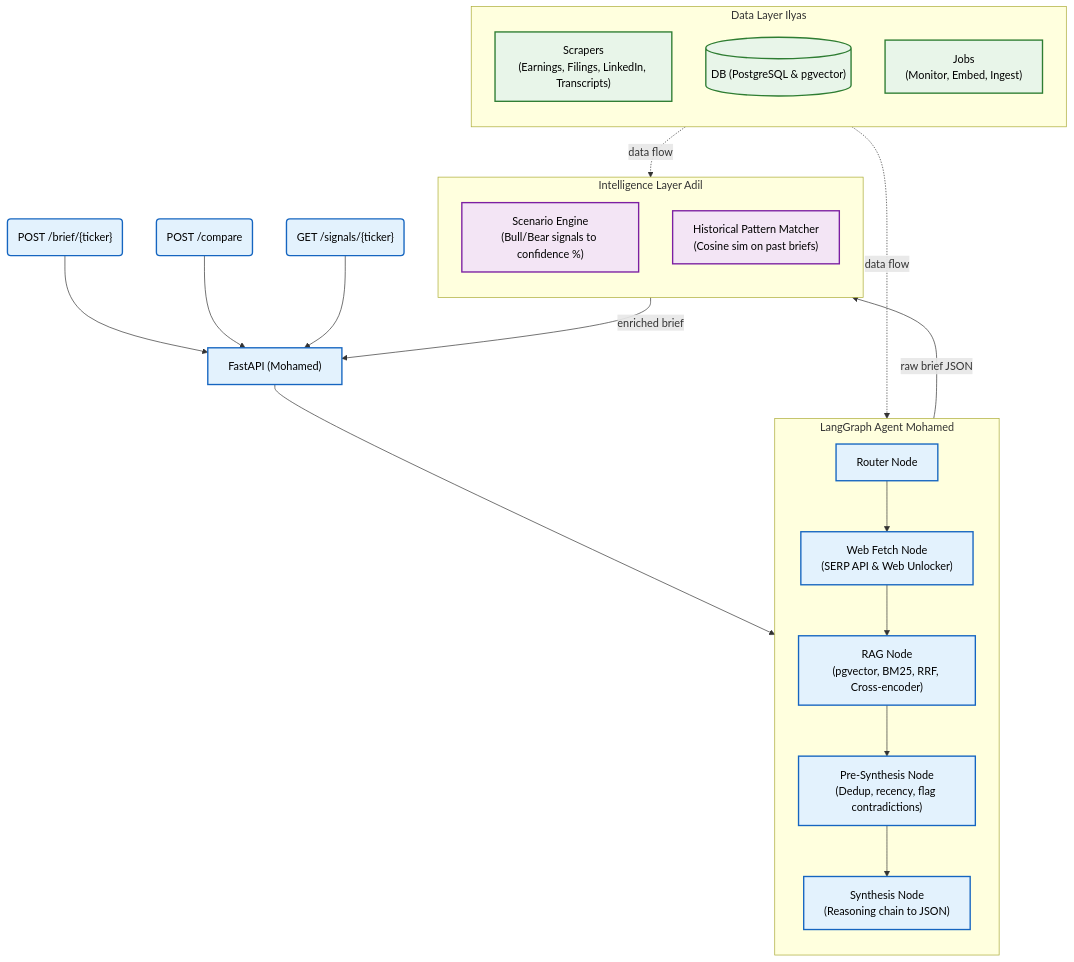
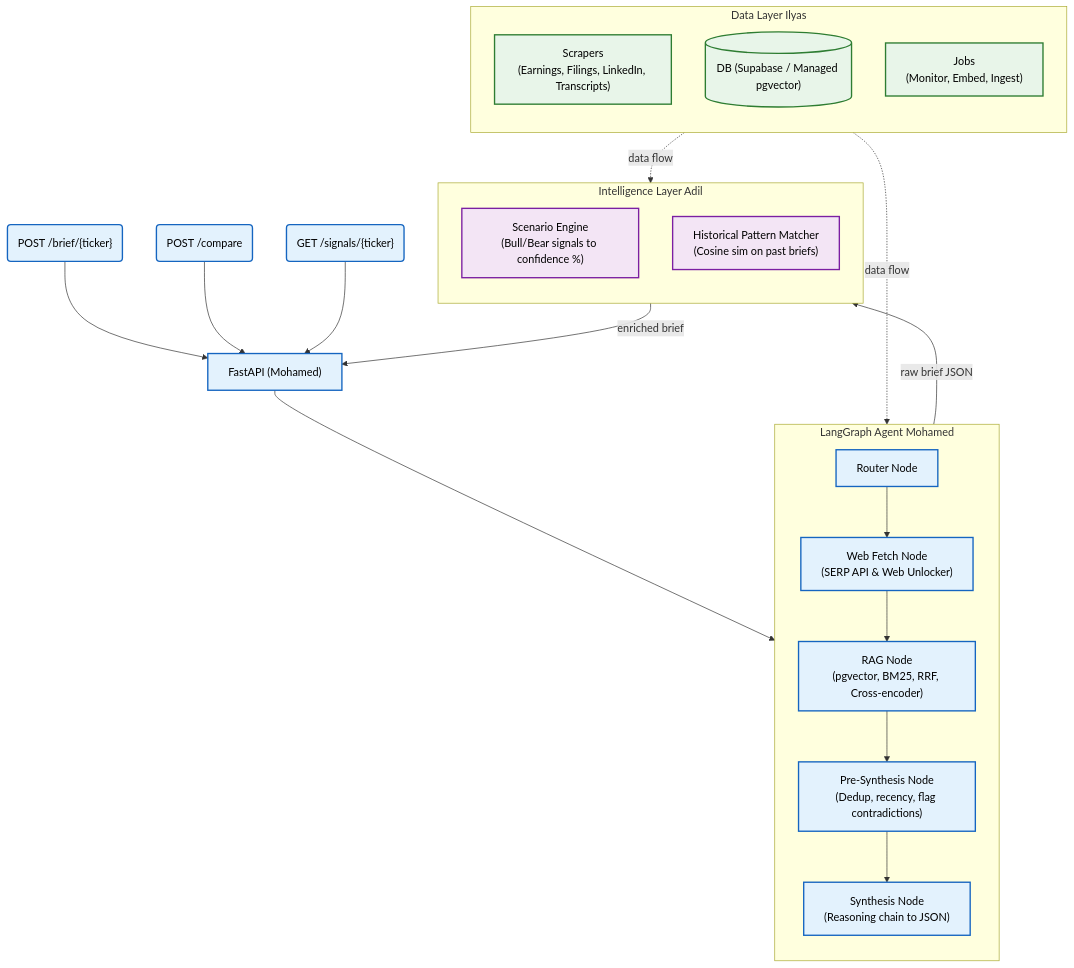
One commit to aamohmd/EarningsEdge changed the first of 2 diagrams in README.md. Above: the diagram before and after it, drawn with Mermaid. The commit also changed other lines of this file and 9 other files, not shown here.

Commit message:
Architect: Scaffold project, add ADRs, SQL schema, and mock data contracts

````diff
--- a/README.md
+++ b/README.md
@@ -56,52 +56,52 @@
 ```mermaid
 graph TD
     classDef mohamed fill:#e3f2fd,stroke:#1565c0,stroke-width:2px,color:#000;
     classDef adil fill:#f3e5f5,stroke:#7b1fa2,stroke-width:2px,color:#000;
     classDef ilyas fill:#e8f5e9,stroke:#2e7d32,stroke-width:2px,color:#000;
     classDef default fill:#f9f9f9,stroke:#333,stroke-width:1px,color:#000;
     
     API1("POST /brief/{ticker}"):::mohamed
     API2("POST /compare"):::mohamed
     API3("GET  /signals/{ticker}"):::mohamed
     
     FastAPI["FastAPI (Mohamed)"]:::mohamed
     API1 --> FastAPI
     API2 --> FastAPI
     API3 --> FastAPI
     
     subgraph LangGraphAgent ["LangGraph Agent Mohamed"]
         direction TB
         Router["Router Node"]:::mohamed
         WebFetch["Web Fetch Node<br/>(SERP API & Web Unlocker)"]:::mohamed
         RAG["RAG Node<br/>(pgvector, BM25, RRF, Cross-encoder)"]:::mohamed
         PreSynth["Pre-Synthesis Node<br/>(Dedup, recency, flag contradictions)"]:::mohamed
         Synth["Synthesis Node<br/>(Reasoning chain to JSON)"]:::mohamed
         
         Router --> WebFetch
         WebFetch --> RAG
         RAG --> PreSynth
         PreSynth --> Synth
     end
     
     FastAPI --> Router
     
     subgraph IntelligenceLayer ["Intelligence Layer Adil"]
         direction TB
         Scenario["Scenario Engine<br/>(Bull/Bear signals to confidence %)"]:::adil
         Pattern["Historical Pattern Matcher<br/>(Cosine sim on past briefs)"]:::adil
     end
     
     Synth -->|raw brief JSON| IntelligenceLayer
     
     subgraph DataLayer ["Data Layer Ilyas"]
         direction TB
         Scrapers["Scrapers<br/>(Earnings, Filings, LinkedIn, Transcripts)"]:::ilyas
-        DB[("DB (PostgreSQL & pgvector)")]:::ilyas
+        DB[("DB (Supabase / Managed pgvector)")]:::ilyas
         Jobs["Jobs<br/>(Monitor, Embed, Ingest)"]:::ilyas
     end
     
     IntelligenceLayer -->|enriched brief| FastAPI
     
     DataLayer -.->|data flow| LangGraphAgent
     DataLayer -.->|data flow| IntelligenceLayer
 ```
````
